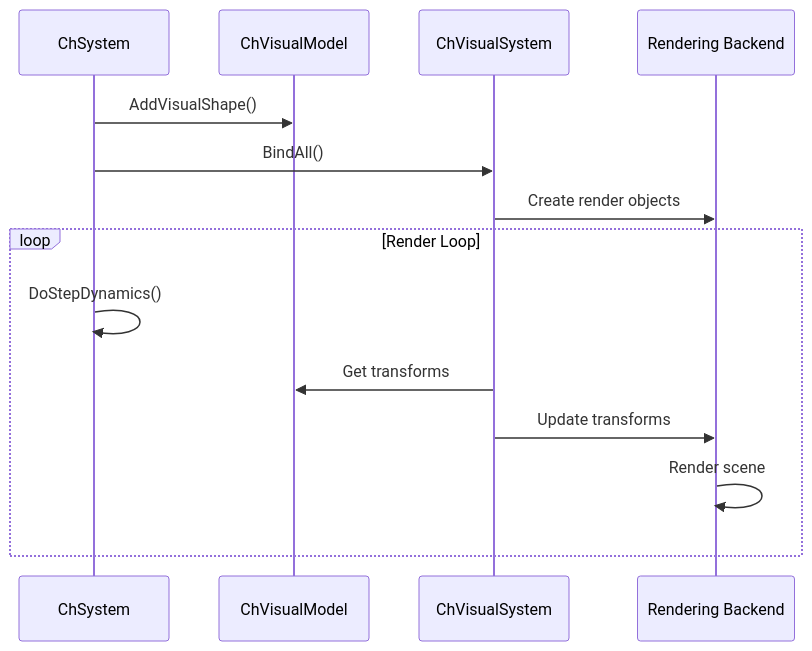
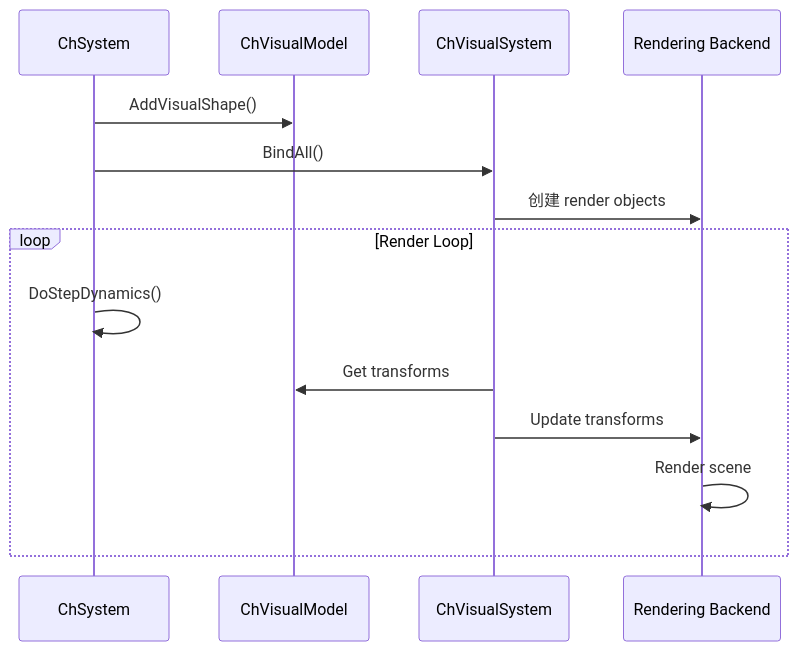
One commit to fancifulland2718/chrono changed the third of 3 diagrams in readings/folder-analysis-assets.md. Above: the diagram before and after it, drawn with Mermaid. The commit also changed other lines of this file and 10 other files, not shown here.

````diff
--- a/readings/folder-analysis-assets.md
+++ b/readings/folder-analysis-assets.md
@@ -656,18 +656,18 @@
 ```mermaid
 sequenceDiagram
     participant Physics as ChSystem
     participant Model as ChVisualModel
     participant System as ChVisualSystem
     participant Backend as Rendering Backend
     
     Physics->>Model: AddVisualShape()
     Physics->>System: BindAll()
-    System->>Backend: Create render objects
+    System->>Backend: 创建 render objects
     
     loop Render Loop
         Physics->>Physics: DoStepDynamics()
         System->>Model: Get transforms
         System->>Backend: Update transforms
         Backend->>Backend: Render scene
     end
 ```
````
